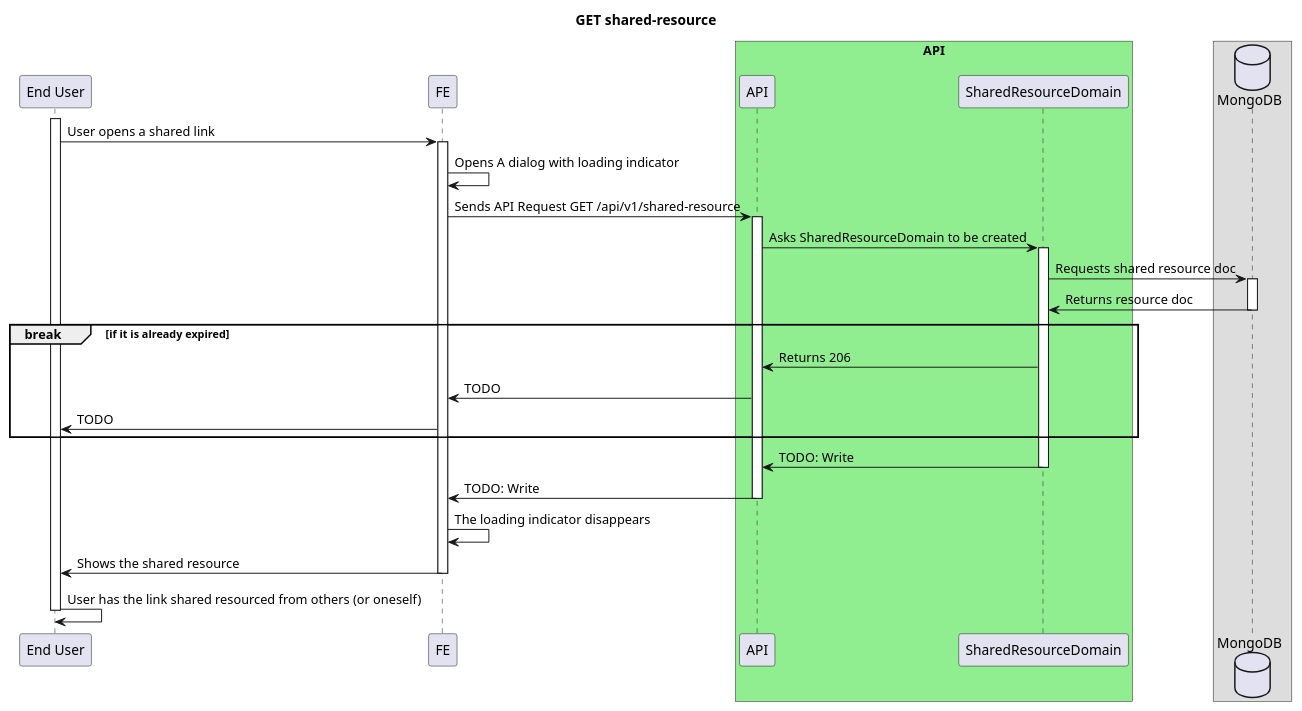
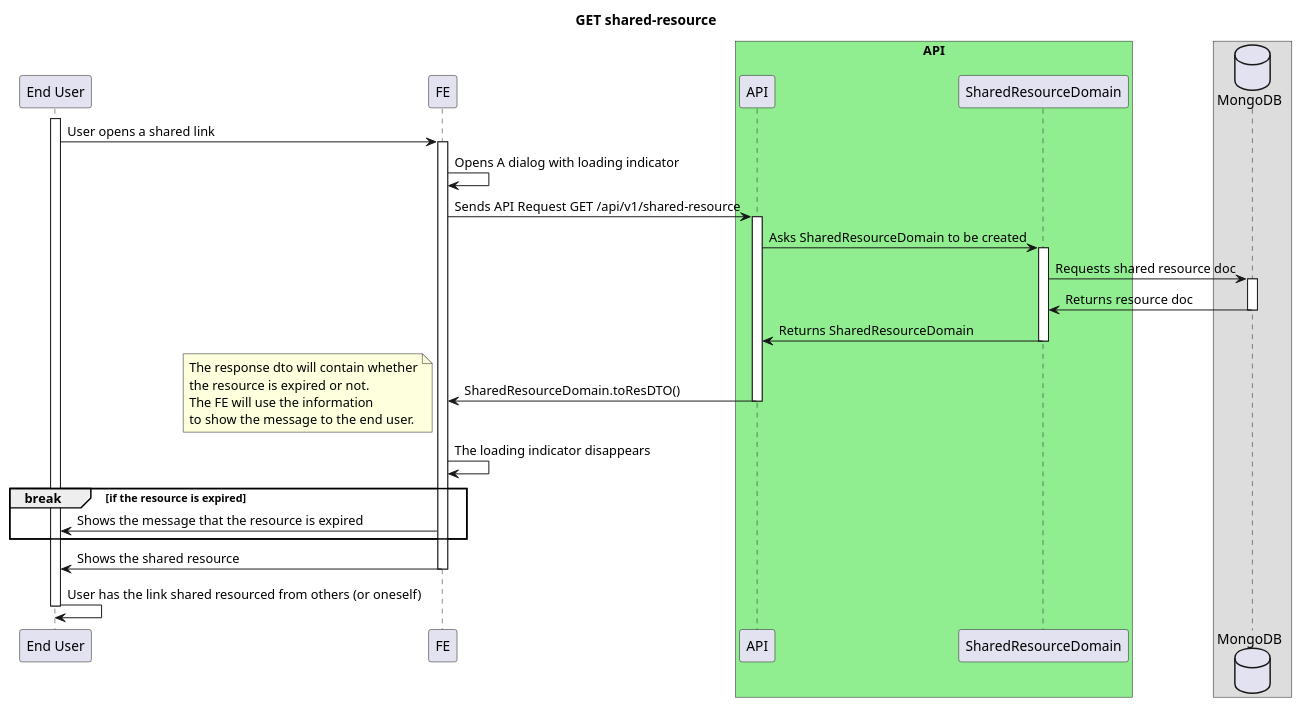
Before and after one commit to ajktown/docs: the second of 2 diagrams in api/share-feature.md, drawn with PlantUML.

Commit message:
doc: basic flow

````diff
--- a/api/share-feature.md
+++ b/api/share-feature.md
@@ -91,43 +91,47 @@
 ```plantuml
 
 @startuml
 
 title GET shared-resource
 
 participant "End User" as user
 participant "FE" as fe
 box "API" #Lightgreen
   participant "API" as api
   participant "SharedResourceDomain" as domain
 box
 database "MongoDB" as db
 
 activate user
   user -> fe: User opens a shared link
   activate fe
     fe -> fe: Opens A dialog with loading indicator
     fe -> api: Sends API Request GET /api/v1/shared-resource
     activate api
       api -> domain: Asks SharedResourceDomain to be created
       activate domain
         domain -> db: Requests shared resource doc
         activate db
           domain <- db: Returns resource doc
         deactivate db
-        break if it is already expired
-        api <- domain: Returns 206
-        fe <- api: TODO
-        user <- fe: TODO
-        end break
-        api <- domain: TODO: Write
-      deactivate domain
-      fe <- api: TODO: Write
+        api <- domain: Returns SharedResourceDomain
+        deactivate domain
+        fe <- api: SharedResourceDomain.toResDTO()
+        note left
+          The response dto will contain whether
+          the resource is expired or not.
+          The FE will use the information
+          to show the message to the end user.
+        end note
     deactivate api
   fe -> fe: The loading indicator disappears
+  break if the resource is expired
+    user <- fe : Shows the message that the resource is expired
+  end break
   user <- fe: Shows the shared resource
   deactivate fe
   user -> user: User has the link shared resourced from others (or oneself)
 deactivate user
 
 
 ```
````
